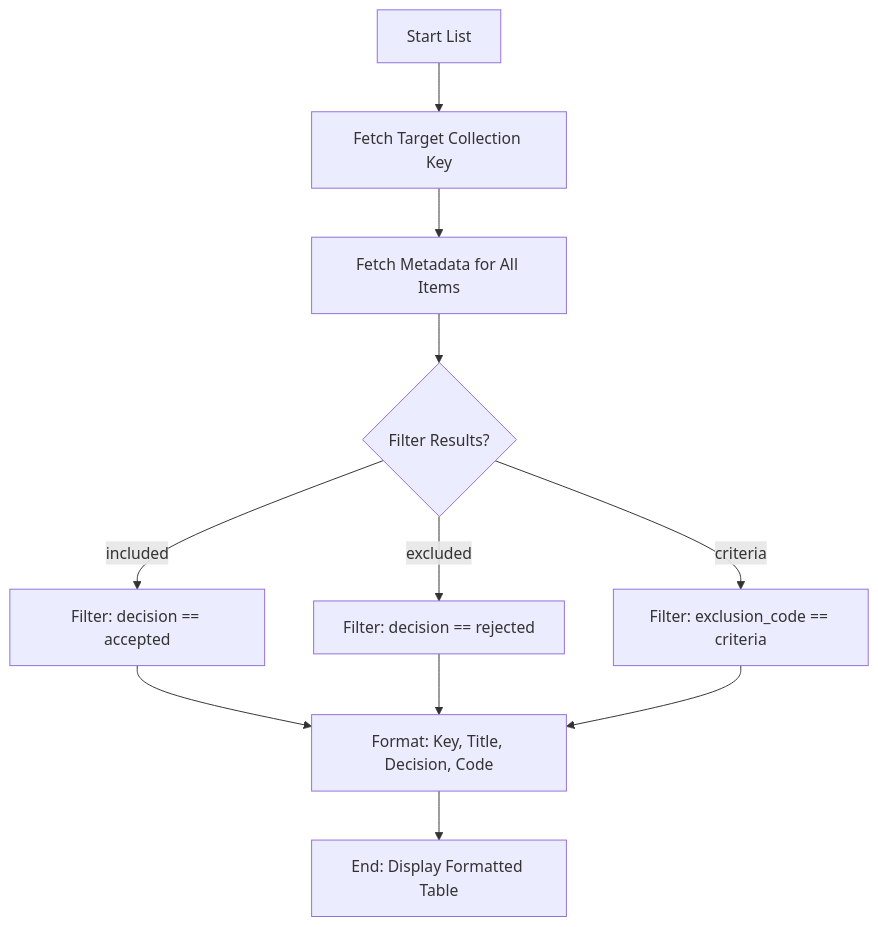
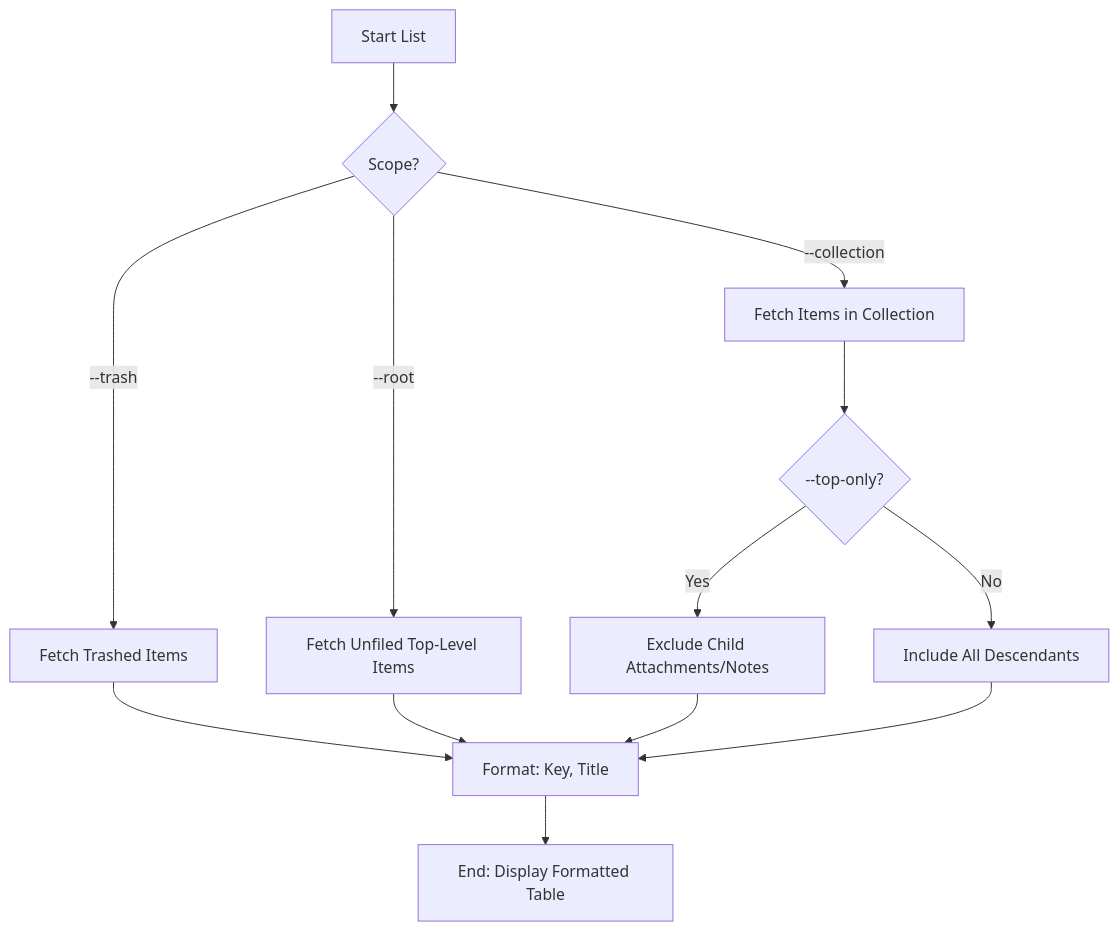
The diagram in docs/help_specs/item_list.md (fchicout/zotero-cli), drawn with Mermaid before and after one commit. The commit also changed other lines of this file and 5 other files, not shown here.

````diff
--- a/docs/help_specs/item_list.md
+++ b/docs/help_specs/item_list.md
@@ -8,13 +8,15 @@
 ```mermaid
 graph TD
-    A["Start List"] --> B["Fetch Target Collection Key"]
-    B --> C["Fetch Metadata for All Items"]
-    C --> D{"Filter Results?"}
-    D -- "included" --> E["Filter: decision == accepted"]
-    D -- "excluded" --> F["Filter: decision == rejected"]
-    D -- "criteria" --> G["Filter: exclusion_code == criteria"]
-    E --> H["Format: Key, Title, Decision, Code"]
-    F --> H
-    G --> H
-    H --> I["End: Display Formatted Table"]
+    A["Start List"] --> B{"Scope?"}
+    B -- "--collection" --> C["Fetch Items in Collection"]
+    B -- "--trash" --> D["Fetch Trashed Items"]
+    B -- "--root" --> E["Fetch Unfiled Top-Level Items"]
+    C --> F{"--top-only?"}
+    F -- "Yes" --> G["Exclude Child Attachments/Notes"]
+    F -- "No" --> H["Include All Descendants"]
+    D --> I["Format: Key, Title"]
+    E --> I
+    G --> I
+    H --> I
+    I --> J["End: Display Formatted Table"]
 ```
````
